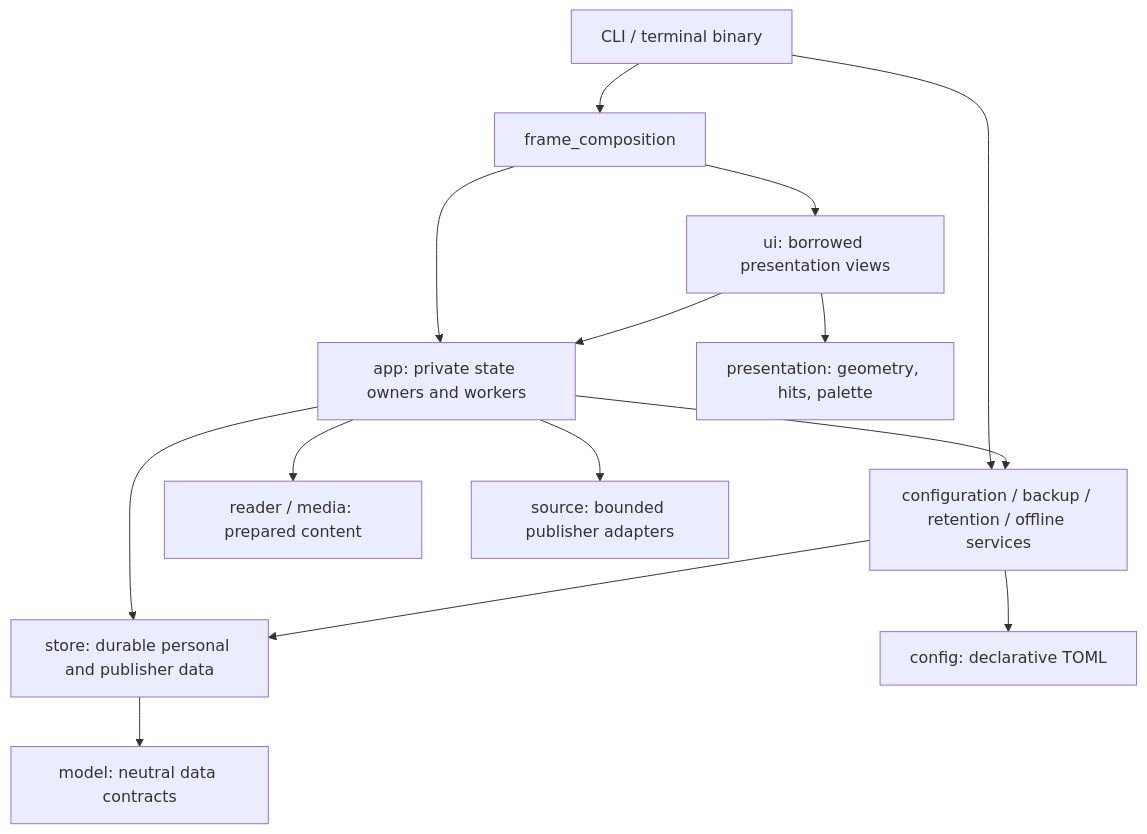
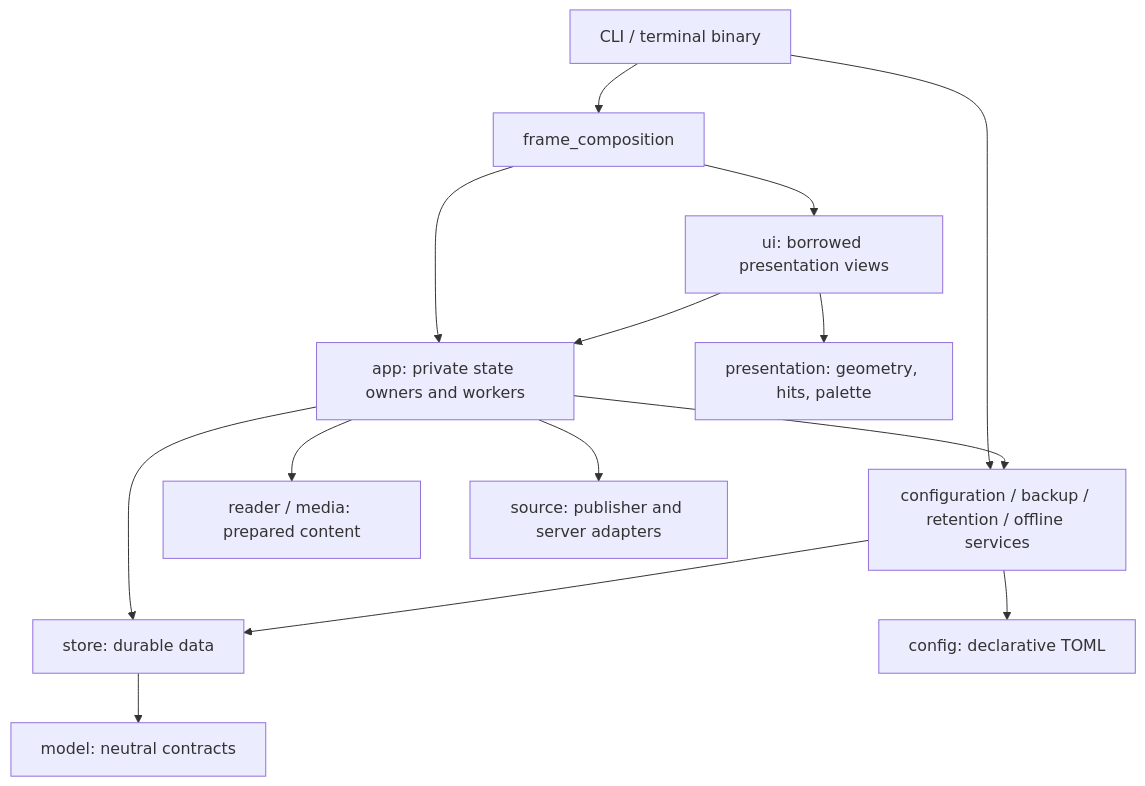
One commit to bptomasi/lume changed the diagram in docs/architecture.md. Above: the diagram before and after it, drawn with Mermaid. The commit also changed other lines of this file and 90 other files, not shown here.

````diff
--- a/docs/architecture.md
+++ b/docs/architecture.md
@@ -12,16 +10,16 @@
 ```mermaid
 flowchart TD
     Binary[CLI / terminal binary] --> Composition[frame_composition]
     Binary --> Services[configuration / backup / retention / offline services]
     Composition --> App[app: private state owners and workers]
     Composition --> UI[ui: borrowed presentation views]
     UI --> App
     UI --> Presentation[presentation: geometry, hits, palette]
     App --> Services
     App --> Reader[reader / media: prepared content]
-    App --> Store[store: durable personal and publisher data]
+    App --> Store[store: durable data]
+    App --> Source[source: publisher and server adapters]
     Services --> Store
     Services --> Config[config: declarative TOML]
-    App --> Source[source: bounded publisher adapters]
-    Store --> Model[model: neutral data contracts]
+    Store --> Model[model: neutral contracts]
 ```
````
